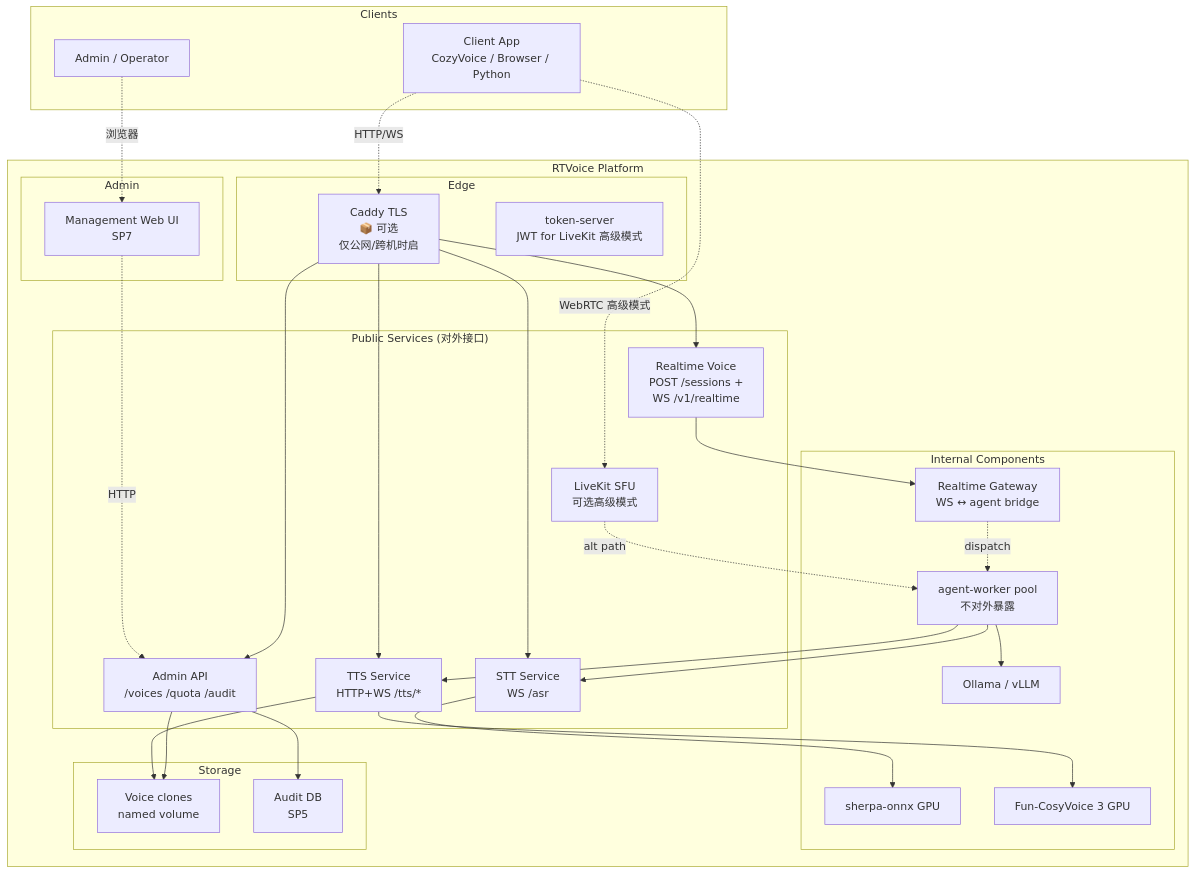
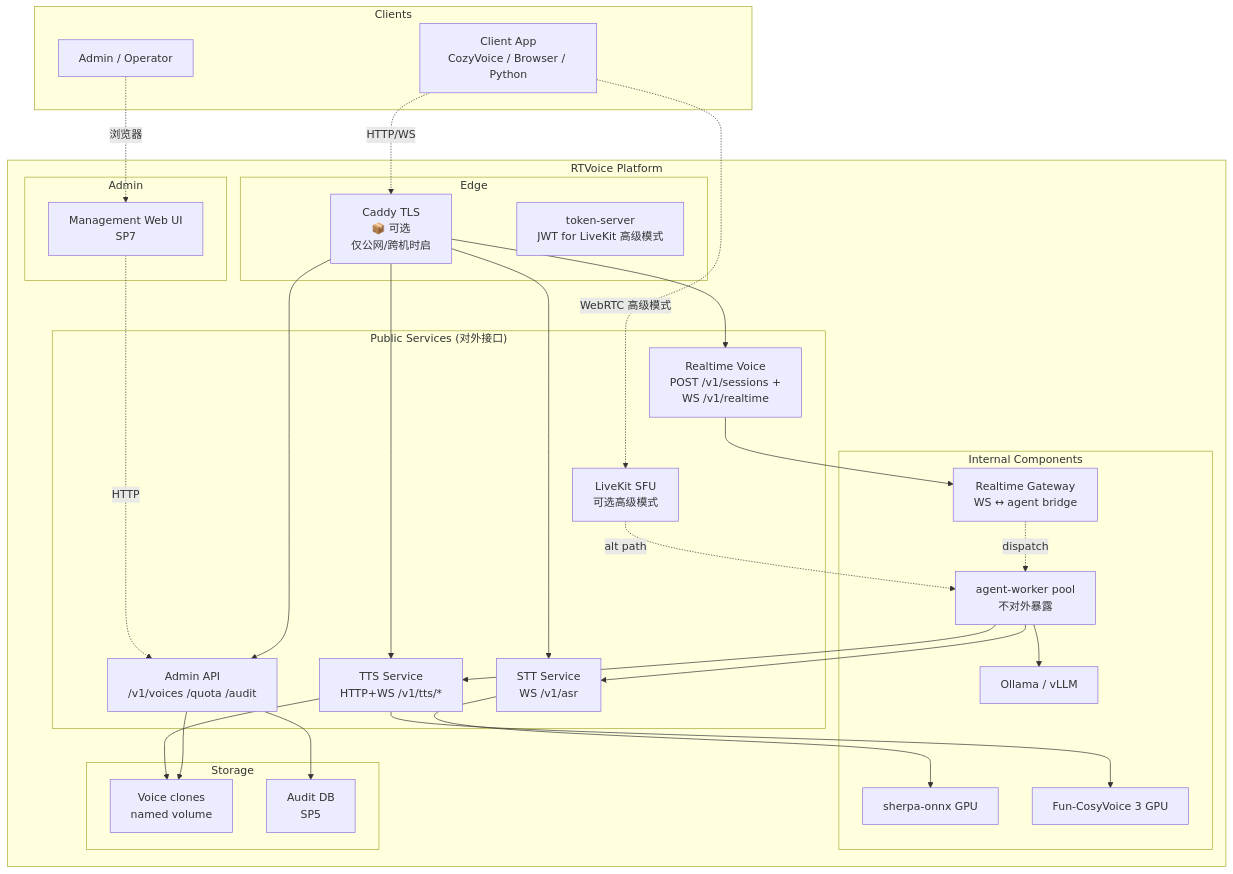
The first of 5 diagrams in ARCHITECTURE.md (zinohome/RTVoice), drawn with Mermaid before and after one commit. The commit also changed other lines of this file and 3 other files, not shown here.

````diff
--- a/ARCHITECTURE.md
+++ b/ARCHITECTURE.md
@@ -12,55 +12,55 @@
 ```mermaid
 graph TB
     subgraph "Clients"
         APP[Client App<br/>CozyVoice / Browser / Python]
         OP[Admin / Operator]
     end
 
     subgraph "RTVoice Platform"
         subgraph "Edge"
             CADDY[Caddy TLS<br/>📦 可选<br/>仅公网/跨机时启]
             TS[token-server<br/>JWT for LiveKit 高级模式]
         end
 
         subgraph "Public Services (对外接口)"
-            STT[STT Service<br/>WS /asr]
-            TTS[TTS Service<br/>HTTP+WS /tts/*]
-            RTV[Realtime Voice<br/>POST /sessions +<br/>WS /v1/realtime]
+            STT[STT Service<br/>WS /v1/asr]
+            TTS[TTS Service<br/>HTTP+WS /v1/tts/*]
+            RTV[Realtime Voice<br/>POST /v1/sessions +<br/>WS /v1/realtime]
             LK[LiveKit SFU<br/>可选高级模式]
-            ADM[Admin API<br/>/voices /quota /audit]
+            ADM[Admin API<br/>/v1/voices /quota /audit]
         end
 
         subgraph "Admin"
             WEB[Management Web UI<br/>SP7]
         end
 
         subgraph "Internal Components"
             GW[Realtime Gateway<br/>WS ↔ agent bridge]
             AW[agent-worker pool<br/>不对外暴露]
             STTE[sherpa-onnx GPU]
             TTSE[Fun-CosyVoice 3 GPU]
             LLM[Ollama / vLLM]
         end
 
         subgraph "Storage"
             VOL[Voice clones<br/>named volume]
             DB[Audit DB<br/>SP5]
         end
     end
 
     APP -.HTTP/WS.-> CADDY
     APP -. WebRTC 高级模式.-> LK
     OP -.浏览器.-> WEB
     WEB -.HTTP.-> ADM
 
     CADDY --> STT & TTS & RTV & ADM
     RTV --> GW
     GW -.dispatch.-> AW
     LK -.alt path.-> AW
     AW --> STT & TTS & LLM
     STT --> STTE
     TTS --> TTSE
     TTS --> VOL
     ADM --> VOL
     ADM --> DB
 ```
````
